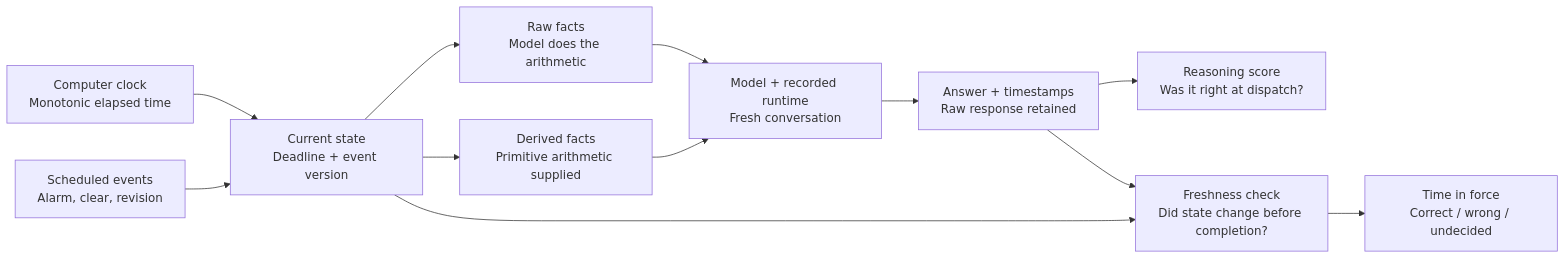
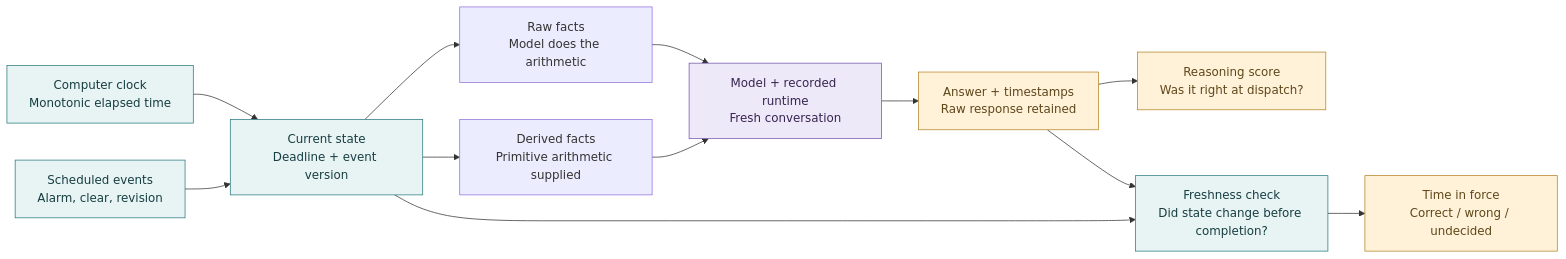
Before and after one commit to rachittshah/ticklm: the diagram in benchmarks/ticklm-v0.1/README.md, drawn with Mermaid. The commit also changed 6 other files, not shown here.

First line of the commit message:
feat: finalize readable temporal benchmark reporting and runtime evidence

````diff
--- a/benchmarks/ticklm-v0.1/README.md
+++ b/benchmarks/ticklm-v0.1/README.md
@@ -9,14 +9,20 @@
 ```mermaid
 flowchart LR
-    C["Computer clock\nMonotonic elapsed time"] --> S["Current state\nDeadline + event version"]
-    E["Scheduled events\nAlarm, clear, revision"] --> S
-    S --> R["Raw facts\nModel does the arithmetic"]
-    S --> D["Derived facts\nPrimitive arithmetic supplied"]
-    R --> M["Model + recorded runtime\nFresh conversation"]
+    C["Computer clock<br/>Monotonic elapsed time"] --> S["Current state<br/>Deadline + event version"]
+    E["Scheduled events<br/>Alarm, clear, revision"] --> S
+    S --> R["Raw facts<br/>Model does the arithmetic"]
+    S --> D["Derived facts<br/>Primitive arithmetic supplied"]
+    R --> M["Model + recorded runtime<br/>Fresh conversation"]
     D --> M
-    M --> A["Answer + timestamps\nRaw response retained"]
-    A --> Q["Reasoning score\nWas it right at dispatch?"]
-    A --> F["Freshness check\nDid state change before completion?"]
-    F --> T["Time in force\nCorrect / wrong / undecided"]
+    M --> A["Answer + timestamps<br/>Raw response retained"]
+    A --> Q["Reasoning score<br/>Was it right at dispatch?"]
+    A --> F["Freshness check<br/>Did state change before completion?"]
+    F --> T["Time in force<br/>Correct / wrong / undecided"]
     S --> F
+    classDef state fill:#e8f3f4,stroke:#287b80,color:#163e41
+    classDef model fill:#eee9f8,stroke:#7655a8,color:#372451
+    classDef evidence fill:#fff2d9,stroke:#b58427,color:#5f471a
+    class C,E,S,F state
+    class M model
+    class A,Q,T evidence
 ```
````
